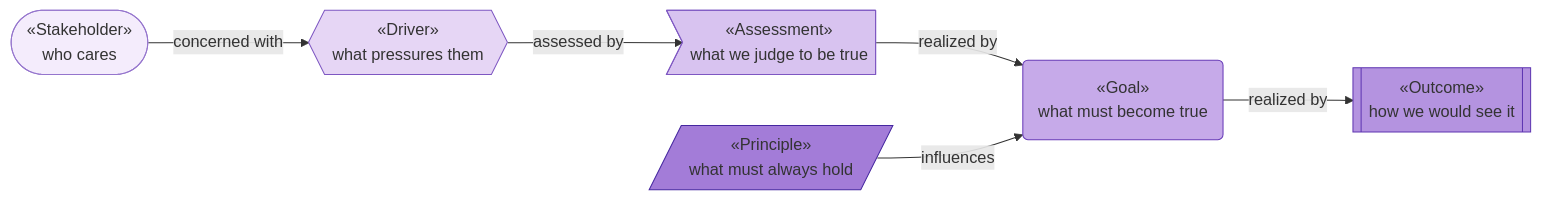
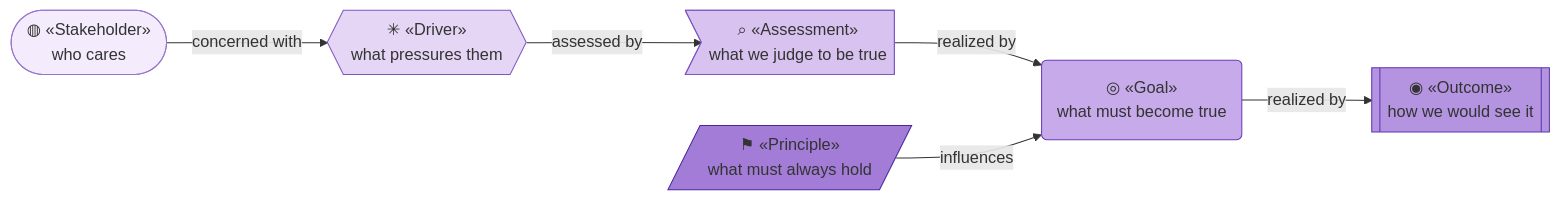
The first of 7 diagrams in organization/docs/ea/1_strategy/1_motivation.md (roanboc/architecture-archreator), drawn with Mermaid before and after one commit. The commit also changed other lines of this file and 7 other files, not shown here.

````diff
--- a/organization/docs/ea/1_strategy/1_motivation.md
+++ b/organization/docs/ea/1_strategy/1_motivation.md
@@ -15,22 +15,22 @@
 ```mermaid
 flowchart LR
-  stk(["«Stakeholder»<br>who cares"]):::stakeholder
-  drv{{"«Driver»<br>what pressures them"}}:::driver
-  asm>"«Assessment»<br>what we judge to be true"]:::assessment
-  g("«Goal»<br>what must become true"):::goal
-  out[["«Outcome»<br>how we would see it"]]:::outcome
-  p[/"«Principle»<br>what must always hold"/]:::principle
+  stk(["◍ «Stakeholder»<br>who cares"]):::stakeholder
+  drv{{"✳ «Driver»<br>what pressures them"}}:::driver
+  asm>"⌕ «Assessment»<br>what we judge to be true"]:::assessment
+  g("◎ «Goal»<br>what must become true"):::goal
+  out[["◉ «Outcome»<br>how we would see it"]]:::outcome
+  p[/"⚑ «Principle»<br>what must always hold"/]:::principle
 
   stk -->|concerned with| drv
   drv -->|assessed by| asm
   asm -->|realized by| g
   g -->|realized by| out
   p -->|influences| g
 
   classDef stakeholder fill:#f4ecfc,stroke:#9575cd,color:#333
   classDef driver fill:#e6d6f5,stroke:#7e57c2,color:#333
   classDef assessment fill:#d8c3f0,stroke:#7e57c2,color:#333
   classDef goal fill:#c6aae9,stroke:#673ab7,color:#333
   classDef outcome fill:#b493e0,stroke:#5e35b1,color:#333
   classDef principle fill:#a37cd8,stroke:#4527a0,color:#333
 ```
````
